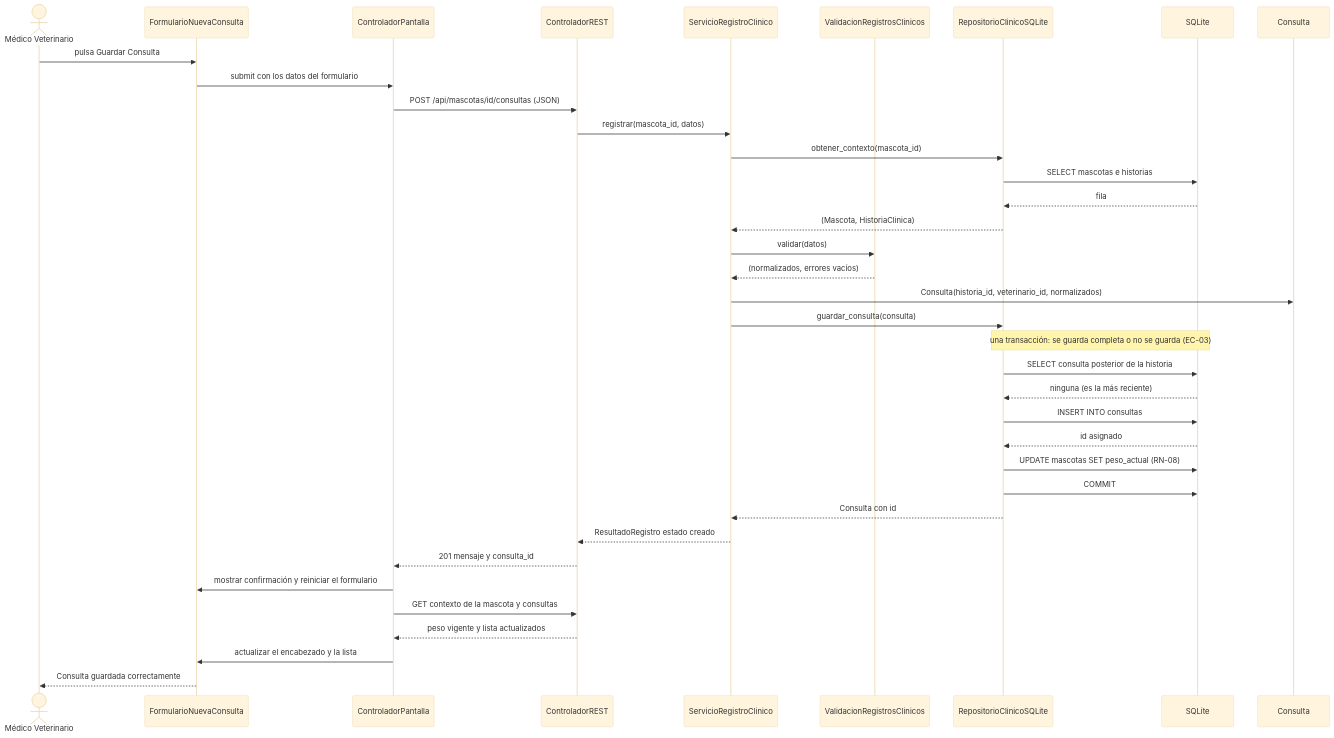
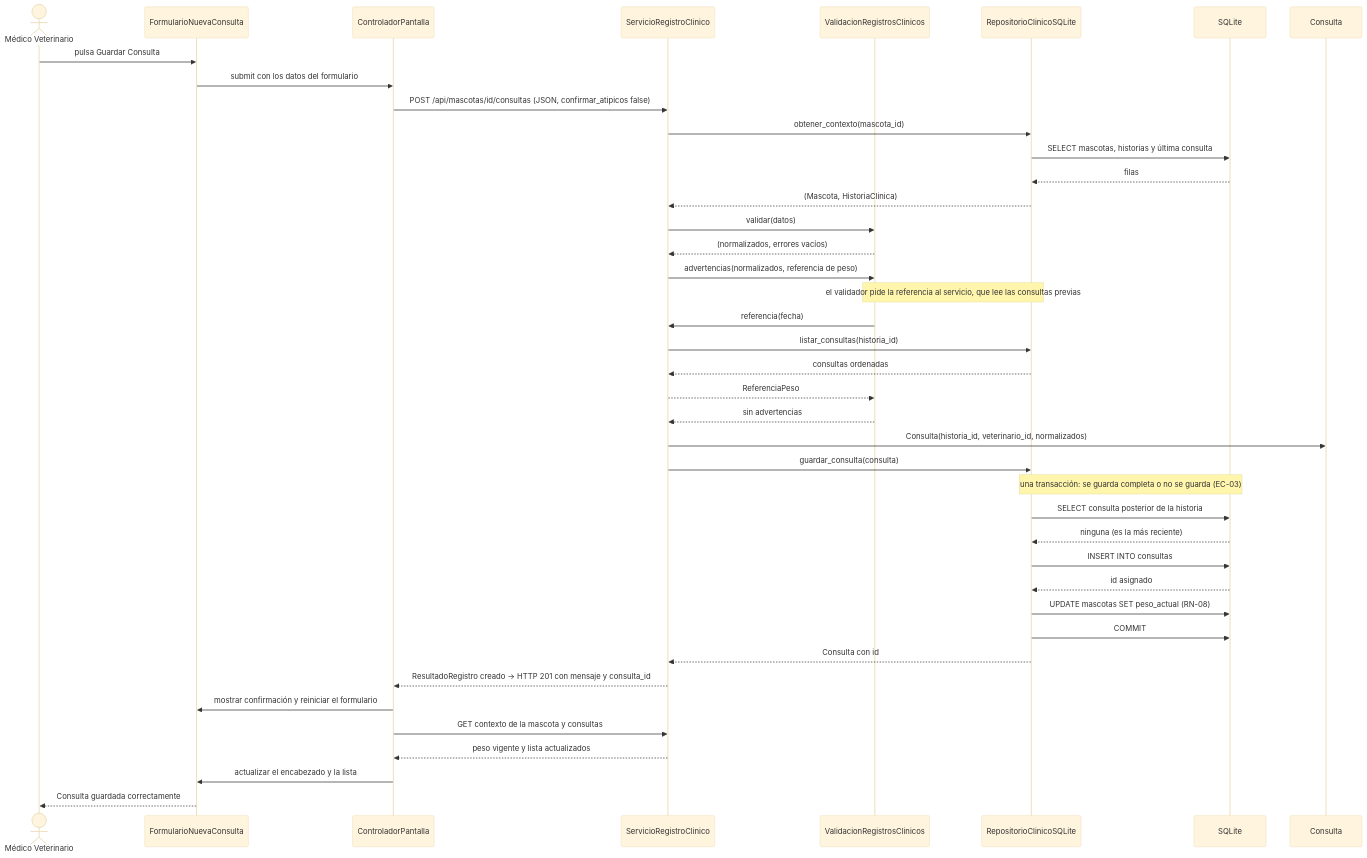
The second of 6 diagrams in docs/design/diseno-detallado.md (DinoMondino/sistema-gestion-veterinaria-2026), drawn with Mermaid (base theme) before and after one commit. The commit also changed other lines of this file, not shown here.

````diff
--- a/docs/design/diseno-detallado.md
+++ b/docs/design/diseno-detallado.md
@@ -204,40 +231,44 @@
 ```mermaid
 sequenceDiagram
     actor Vet as Médico Veterinario
     participant UI as FormularioNuevaConsulta
     participant CP as ControladorPantalla
-    participant REST as ControladorREST
     participant SRV as ServicioRegistroClinico
     participant VAL as ValidacionRegistrosClinicos
     participant REPO as RepositorioClinicoSQLite
     participant DB as SQLite
     participant C as Consulta
 
     Vet->>UI: pulsa Guardar Consulta
     UI->>CP: submit con los datos del formulario
-    CP->>REST: POST /api/mascotas/id/consultas (JSON)
-    REST->>SRV: registrar(mascota_id, datos)
+    CP->>SRV: POST /api/mascotas/id/consultas (JSON, confirmar_atipicos false)
     SRV->>REPO: obtener_contexto(mascota_id)
-    REPO->>DB: SELECT mascotas e historias
-    DB-->>REPO: fila
+    REPO->>DB: SELECT mascotas, historias y última consulta
+    DB-->>REPO: filas
     REPO-->>SRV: (Mascota, HistoriaClinica)
     SRV->>VAL: validar(datos)
     VAL-->>SRV: (normalizados, errores vacíos)
+    SRV->>VAL: advertencias(normalizados, referencia de peso)
+    Note over VAL,REPO: el validador pide la referencia al servicio, que lee las consultas previas
+    VAL->>SRV: referencia(fecha)
+    SRV->>REPO: listar_consultas(historia_id)
+    REPO-->>SRV: consultas ordenadas
+    SRV-->>VAL: ReferenciaPeso
+    VAL-->>SRV: sin advertencias
     SRV->>C: Consulta(historia_id, veterinario_id, normalizados)
     SRV->>REPO: guardar_consulta(consulta)
     Note over REPO,DB: una transacción: se guarda completa o no se guarda (EC-03)
     REPO->>DB: SELECT consulta posterior de la historia
     DB-->>REPO: ninguna (es la más reciente)
     REPO->>DB: INSERT INTO consultas
     DB-->>REPO: id asignado
     REPO->>DB: UPDATE mascotas SET peso_actual (RN-08)
     REPO->>DB: COMMIT
     REPO-->>SRV: Consulta con id
-    SRV-->>REST: ResultadoRegistro estado creado
-    REST-->>CP: 201 mensaje y consulta_id
+    SRV-->>CP: ResultadoRegistro creado → HTTP 201 con mensaje y consulta_id
     CP->>UI: mostrar confirmación y reiniciar el formulario
-    CP->>REST: GET contexto de la mascota y consultas
-    REST-->>CP: peso vigente y lista actualizados
+    CP->>SRV: GET contexto de la mascota y consultas
+    SRV-->>CP: peso vigente y lista actualizados
     CP->>UI: actualizar el encabezado y la lista
     UI-->>Vet: Consulta guardada correctamente
 ```
````
